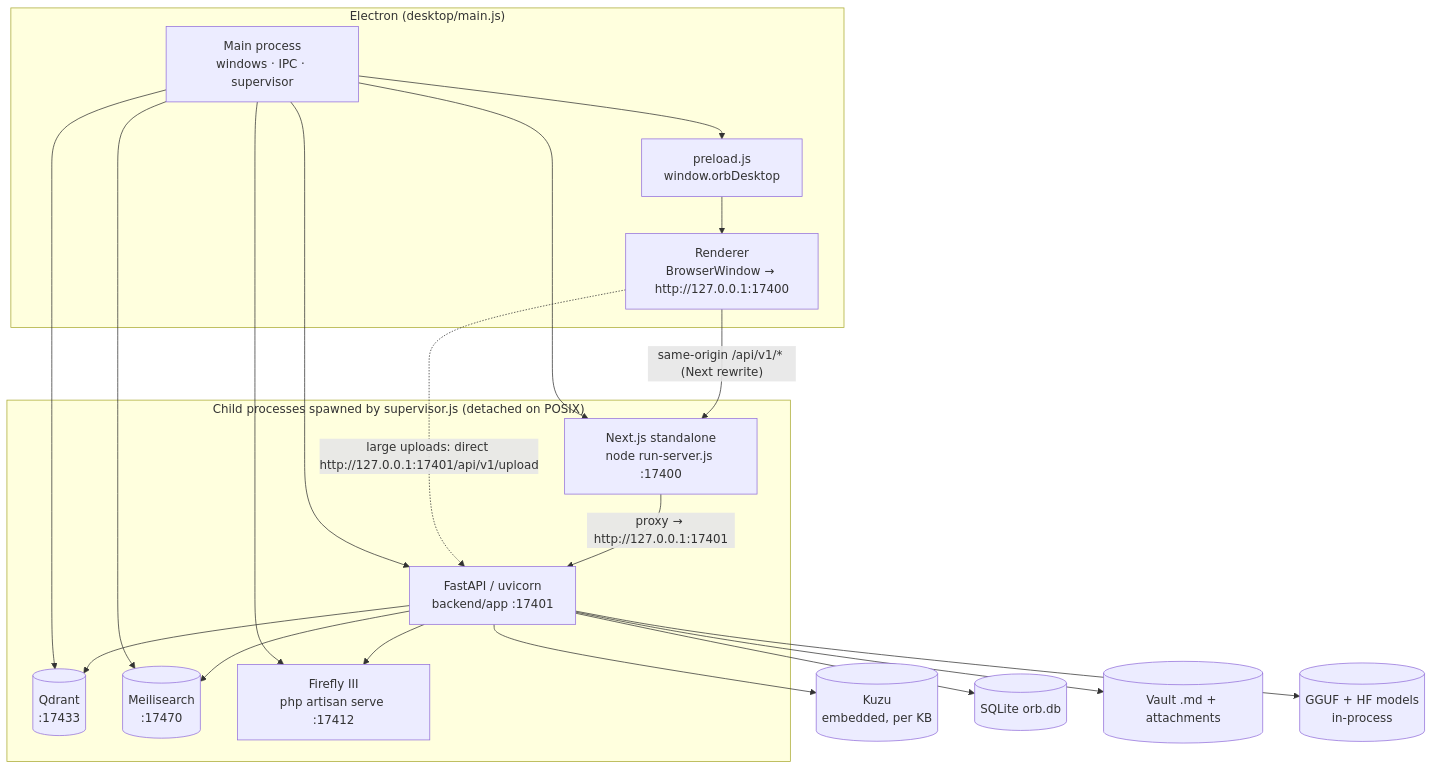
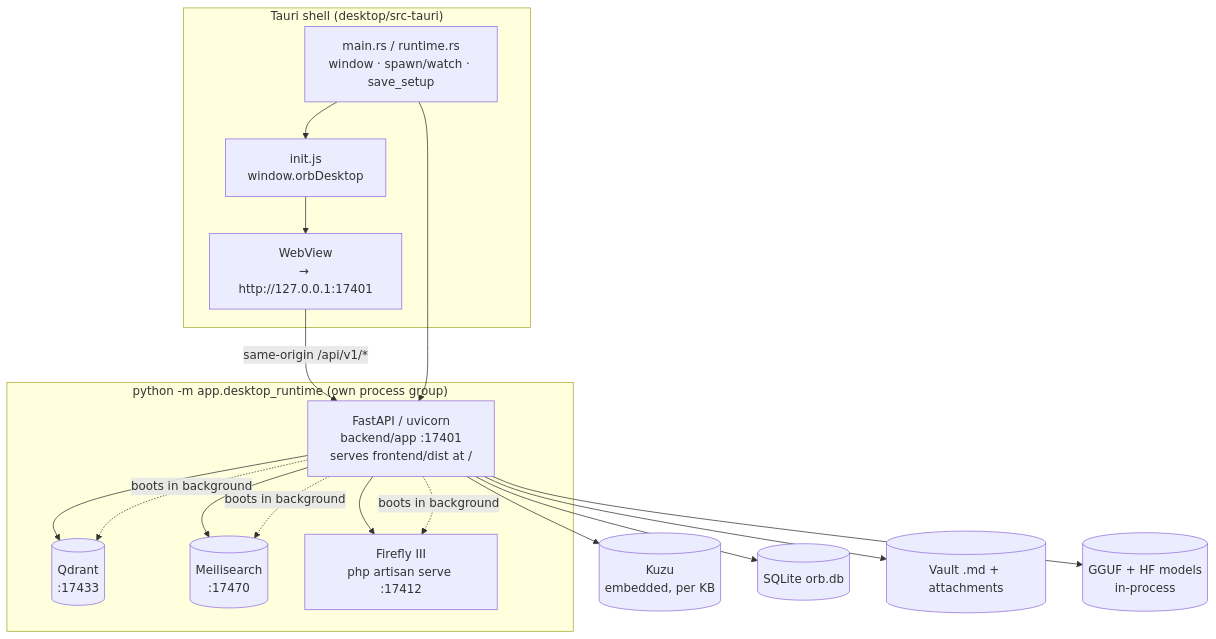
The first of 4 diagrams in Docs/02-system-architecture.md (josetseph/Orb), drawn with Mermaid before and after one commit. The commit also changed other lines of this file and 205 other files, not shown here.

````diff
--- a/Docs/02-system-architecture.md
+++ b/Docs/02-system-architecture.md
@@ -17,29 +17,27 @@
 ```mermaid
 flowchart TB
-  subgraph Electron["Electron (desktop/main.js)"]
-    MAIN[Main process<br/>windows · IPC · supervisor]
-    PRE[preload.js<br/>window.orbDesktop]
-    REN[Renderer<br/>BrowserWindow → http://127.0.0.1:17400]
+  subgraph Tauri["Tauri shell (desktop/src-tauri)"]
+    MAIN[main.rs / runtime.rs<br/>window · spawn/watch · save_setup]
+    PRE[init.js<br/>window.orbDesktop]
+    REN[WebView<br/>→ http://127.0.0.1:17401]
     MAIN --> PRE --> REN
   end
 
-  subgraph Children["Child processes spawned by supervisor.js (detached on POSIX)"]
+  subgraph Runtime["python -m app.desktop_runtime (own process group)"]
+    API[FastAPI / uvicorn<br/>backend/app :17401<br/>serves frontend/dist at /]
     QD[(Qdrant<br/>:17433)]
     ME[(Meilisearch<br/>:17470)]
     FF[Firefly III<br/>php artisan serve :17412]
-    API[FastAPI / uvicorn<br/>backend/app :17401]
-    UI[Next.js standalone<br/>node run-server.js :17400]
   end
 
-  REN -- "same-origin /api/v1/* (Next rewrite)" --> UI
-  UI -- "proxy → http://127.0.0.1:17401" --> API
-  REN -. "large uploads: direct http://127.0.0.1:17401/api/v1/upload" .-> API
+  REN -- "same-origin /api/v1/*" --> API
   API --> QD
   API --> ME
   API --> FF
   API --> KZ[(Kuzu<br/>embedded, per KB)]
   API --> SQ[(SQLite orb.db)]
   API --> VA[(Vault .md + attachments)]
   API --> MD[(GGUF + HF models<br/>in-process)]
-  MAIN --> QD & ME & FF & API & UI
+  MAIN --> API
+  API -. boots in background .-> QD & ME & FF
 ```
````
